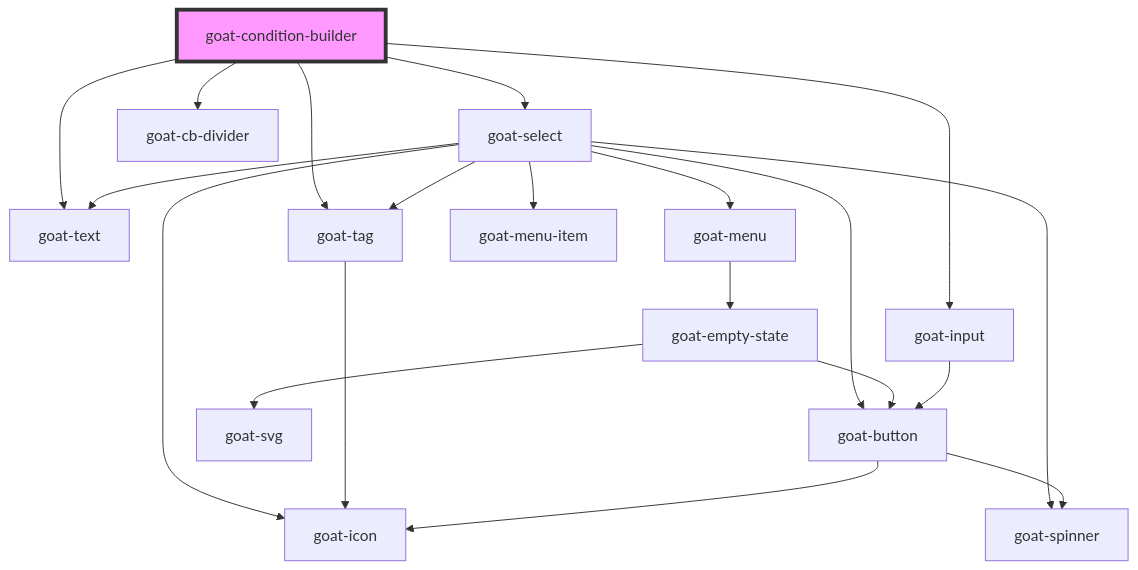
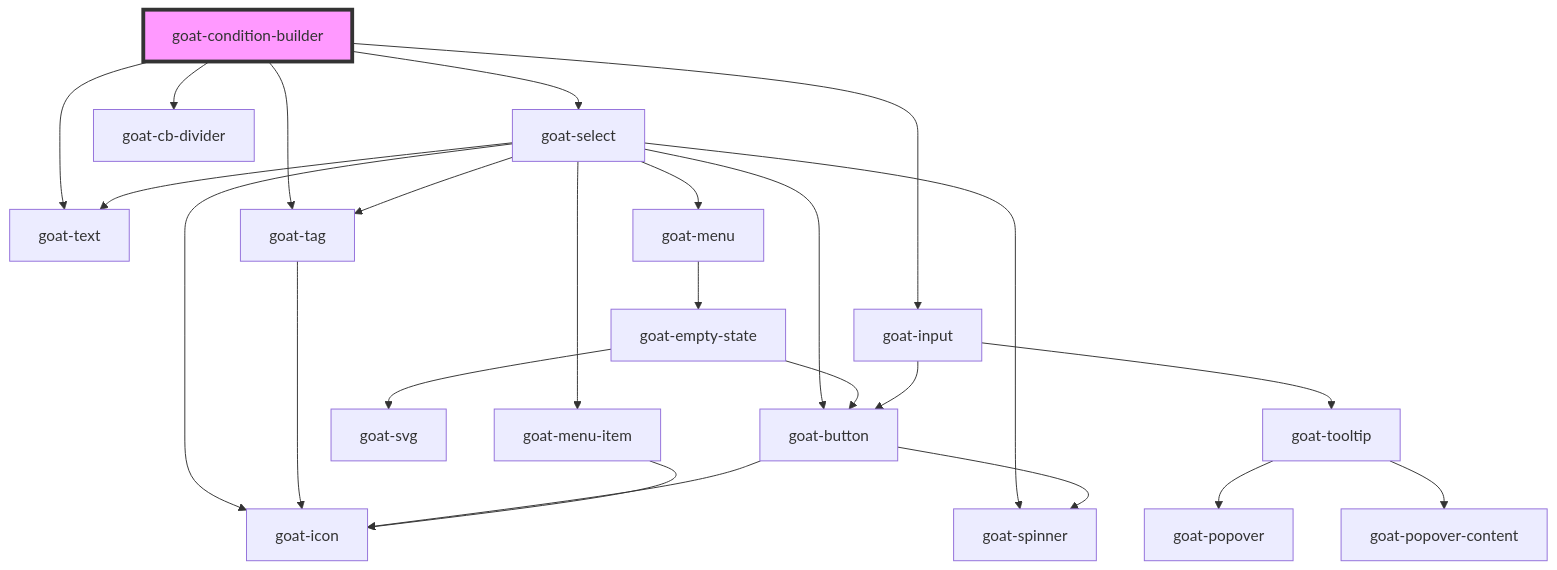
The diagram in src/components/application/condition-builder/condition-builder/readme.md (goatui/components), drawn with Mermaid before and after one commit. The commit also changed 22 other files, not shown here.

````diff
--- a/src/components/application/condition-builder/condition-builder/readme.md
+++ b/src/components/application/condition-builder/condition-builder/readme.md
@@ -26,23 +26,27 @@
 ```mermaid
 graph TD;
   goat-condition-builder --> goat-select
   goat-condition-builder --> goat-input
   goat-condition-builder --> goat-text
   goat-condition-builder --> goat-cb-divider
   goat-condition-builder --> goat-tag
   goat-select --> goat-icon
   goat-select --> goat-tag
   goat-select --> goat-button
   goat-select --> goat-spinner
   goat-select --> goat-menu
   goat-select --> goat-text
   goat-select --> goat-menu-item
   goat-tag --> goat-icon
   goat-button --> goat-spinner
   goat-button --> goat-icon
   goat-menu --> goat-empty-state
   goat-empty-state --> goat-svg
   goat-empty-state --> goat-button
+  goat-menu-item --> goat-icon
+  goat-input --> goat-tooltip
   goat-input --> goat-button
+  goat-tooltip --> goat-popover
+  goat-tooltip --> goat-popover-content
   style goat-condition-builder fill:#f9f,stroke:#333,stroke-width:4px
 ```
````
